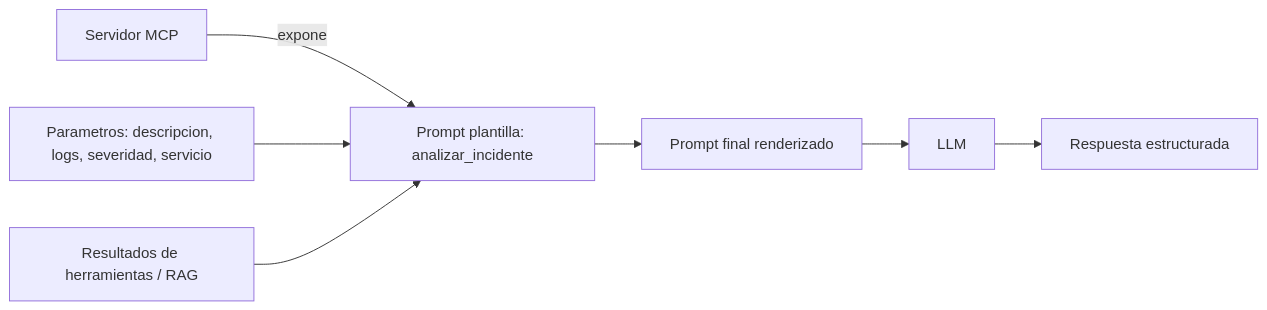
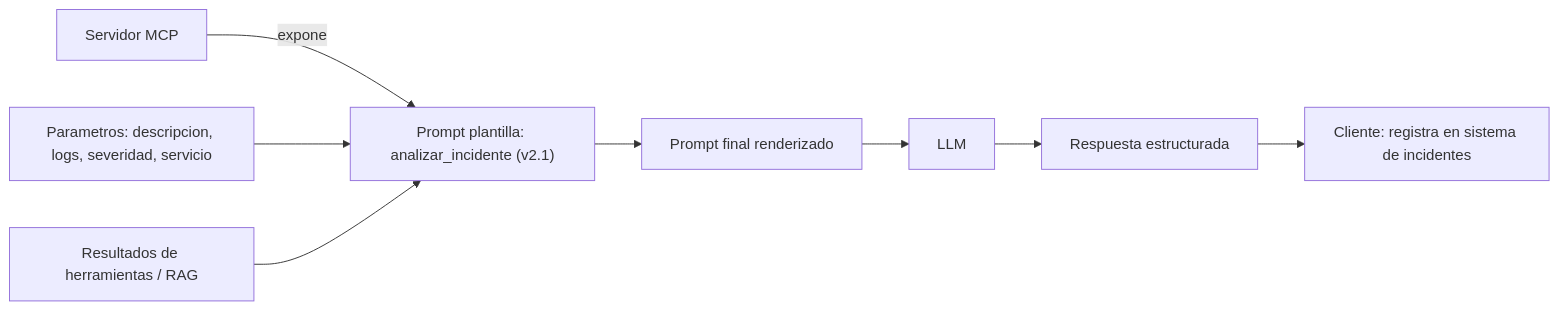
The diagram in Conceptos/10-prompt-en-mcp.md (jjrosalesuci/ia), drawn with Mermaid before and after one commit. The commit also changed other lines of this file and 7 other files, not shown here.

````diff
--- a/Conceptos/10-prompt-en-mcp.md
+++ b/Conceptos/10-prompt-en-mcp.md
@@ -44,9 +147,10 @@
 ```mermaid
 flowchart LR
-    SRV[Servidor MCP] -->|expone| TPL["Prompt plantilla: analizar_incidente"]
+    SRV[Servidor MCP] -->|expone| TPL["Prompt plantilla: analizar_incidente (v2.1)"]
     PARAMS[Parametros: descripcion, logs, severidad, servicio] --> TPL
     TOOLS[Resultados de herramientas / RAG] --> TPL
     TPL --> RENDER[Prompt final renderizado]
     RENDER --> LLM[LLM]
     LLM --> R[Respuesta estructurada]
+    R --> CLIENT[Cliente: registra en sistema de incidentes]
 ```
````
